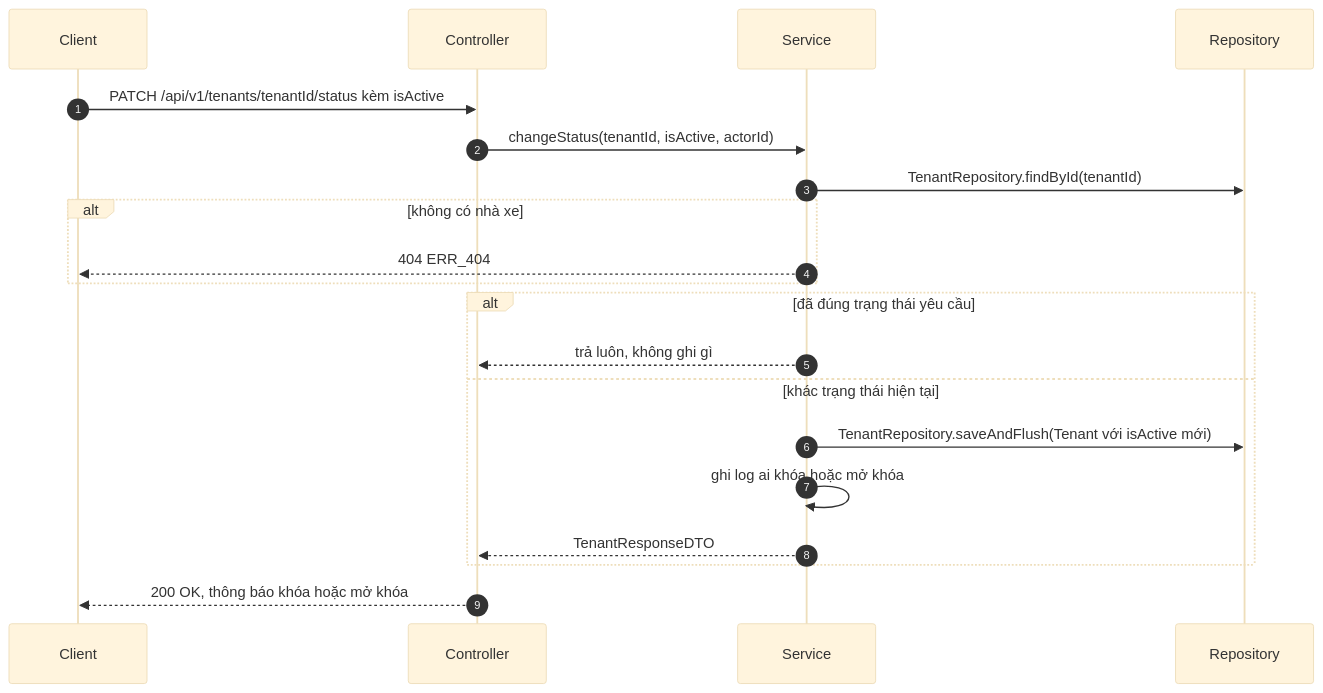
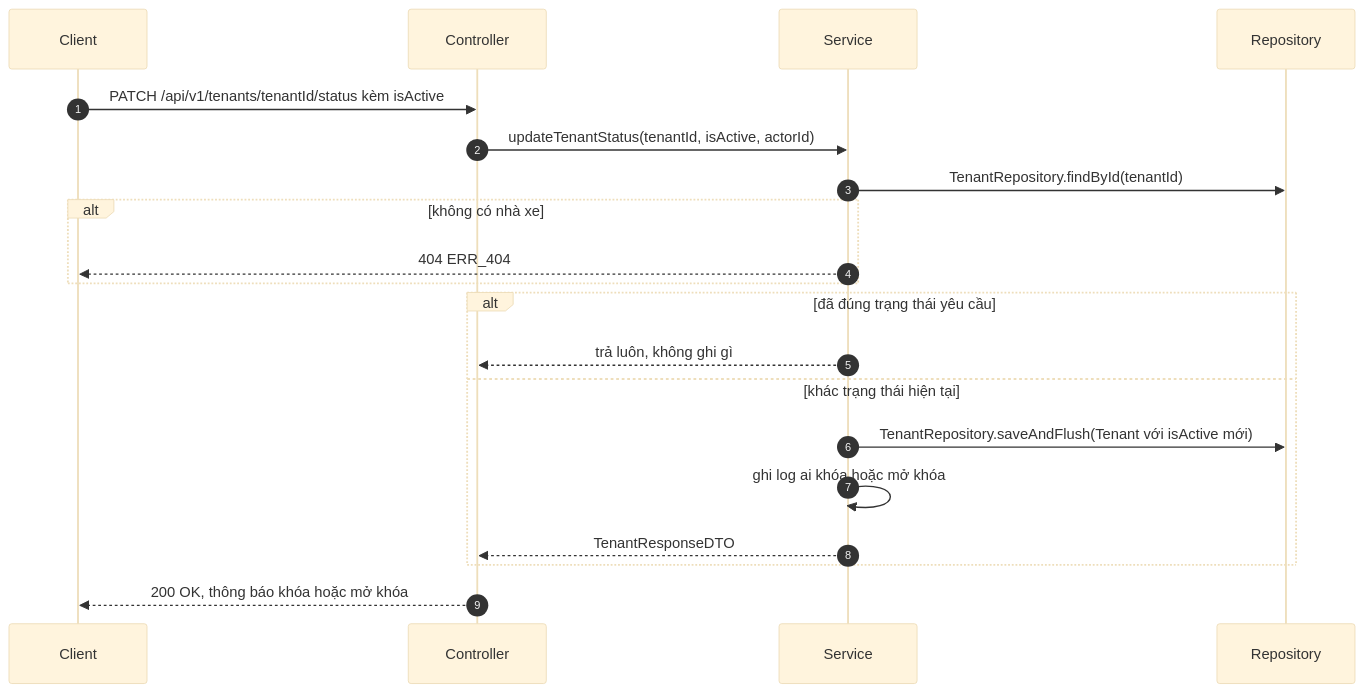
The seventh of 11 diagrams in docs/plans/tenant/2026-10-19-tenant-api-spec.md (foodboi88/car-rental-saas), drawn with Mermaid (base theme) before and after one commit. The commit also changed other lines of this file and 9 other files, not shown here.

````diff
--- a/docs/plans/tenant/2026-10-19-tenant-api-spec.md
+++ b/docs/plans/tenant/2026-10-19-tenant-api-spec.md
@@ -444,22 +430,22 @@
 ```mermaid
 sequenceDiagram
   autonumber
   participant C as Client
   participant K as Controller
   participant S as Service
   participant R as Repository
   C->>K: PATCH /api/v1/tenants/tenantId/status kèm isActive
-  K->>S: changeStatus(tenantId, isActive, actorId)
+  K->>S: updateTenantStatus(tenantId, isActive, actorId)
   S->>R: TenantRepository.findById(tenantId)
   alt không có nhà xe
     S-->>C: 404 ERR_404
   end
   alt đã đúng trạng thái yêu cầu
     S-->>K: trả luôn, không ghi gì
   else khác trạng thái hiện tại
     S->>R: TenantRepository.saveAndFlush(Tenant với isActive mới)
     S->>S: ghi log ai khóa hoặc mở khóa
     S-->>K: TenantResponseDTO
   end
   K-->>C: 200 OK, thông báo khóa hoặc mở khóa
 ```
````
